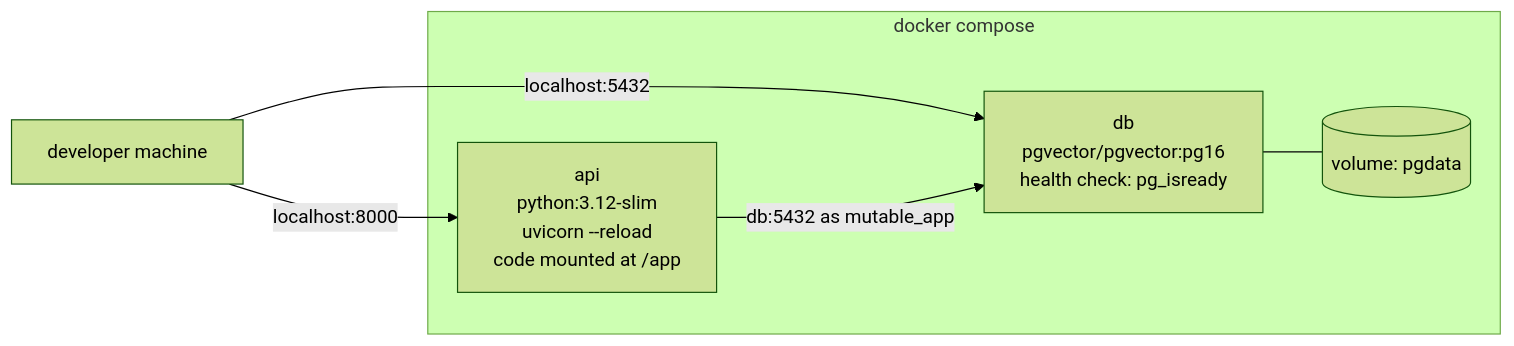
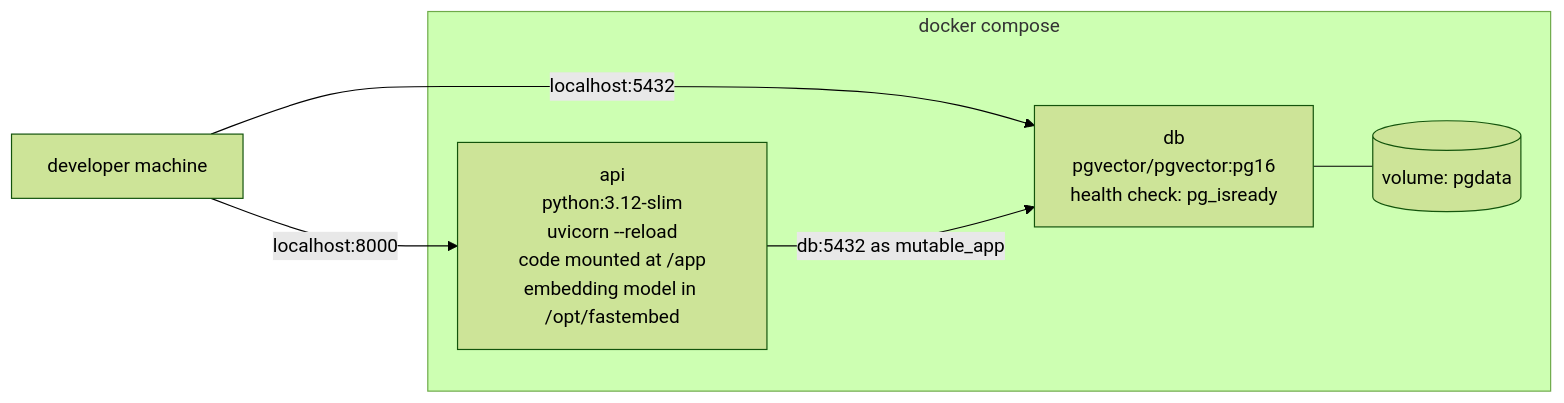
One commit to ZiadHendawy/mutable changed diagram 22 of 23 in docs/design.md. Above: the diagram before and after it, drawn with Mermaid (forest theme). The commit also changed other lines of this file and 5 other files, not shown here.

First line of the commit message:
M4 task 2: embedding model behind one interface, plus a fake for tests

````diff
--- a/docs/design.md
+++ b/docs/design.md
@@ -1099,12 +1141,12 @@
 ```mermaid
 flowchart LR
     dev["developer machine"] -- "localhost:8000" --> api
     dev -- "localhost:5432" --> db
     subgraph compose["docker compose"]
-        api["api<br/>python:3.12-slim<br/>uvicorn --reload<br/>code mounted at /app"]
+        api["api<br/>python:3.12-slim<br/>uvicorn --reload<br/>code mounted at /app<br/>embedding model in /opt/fastembed"]
         db["db<br/>pgvector/pgvector:pg16<br/>health check: pg_isready"]
         vol[("volume: pgdata")]
     end
     api -- "db:5432 as mutable_app" --> db
     db --- vol
 ```
````
